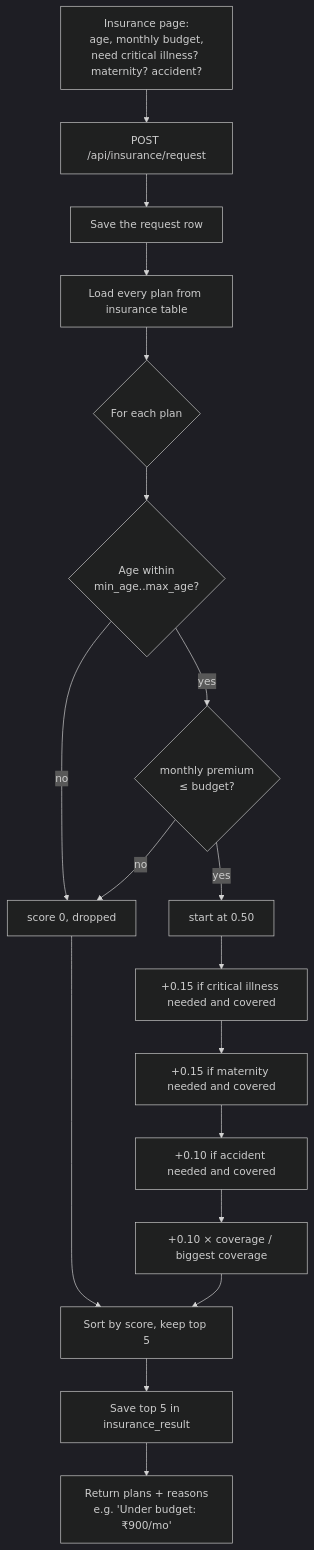
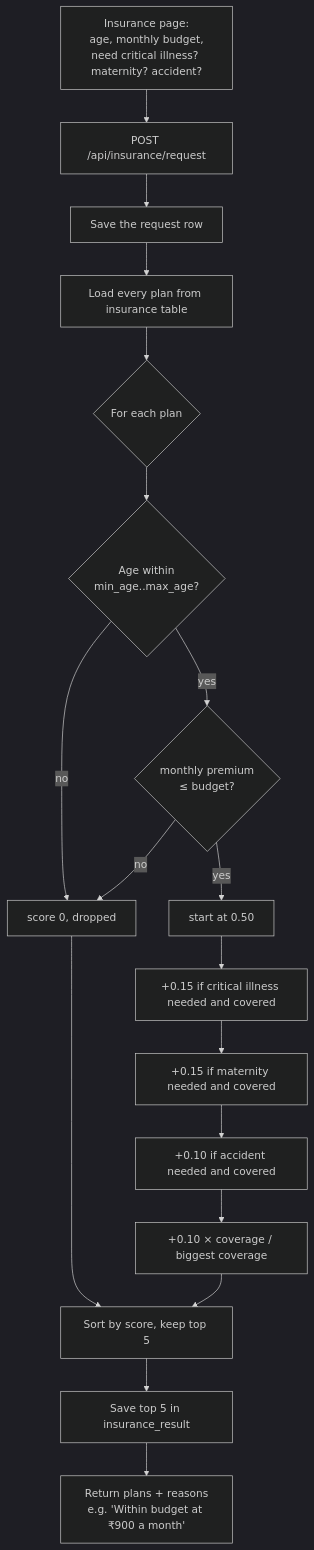
One commit to arsalanbali2021-ux/valuetrack changed the sixth of 10 diagrams in FLOW.md. Above: the diagram before and after it, drawn with Mermaid (dark theme). The commit also changed other lines of this file and 3 other files, not shown here.

````diff
--- a/FLOW.md
+++ b/FLOW.md
@@ -120,20 +120,20 @@
 ```mermaid
 flowchart TD
     A[Insurance page:<br/>age, monthly budget,<br/>need critical illness? maternity? accident?] --> B[POST /api/insurance/request]
     B --> C[Save the request row]
     C --> D[Load every plan from insurance table]
     D --> E{For each plan}
     E --> F{Age within<br/>min_age..max_age?}
     F -- no --> X[score 0, dropped]
     F -- yes --> G{monthly premium<br/>≤ budget?}
     G -- no --> X
     G -- yes --> H[start at 0.50]
     H --> I[+0.15 if critical illness needed and covered]
     I --> J[+0.15 if maternity needed and covered]
     J --> K[+0.10 if accident needed and covered]
     K --> L[+0.10 × coverage / biggest coverage]
     L --> M[Sort by score, keep top 5]
     X --> M
     M --> N[Save top 5 in insurance_result]
-    N --> O[Return plans + reasons<br/>e.g. 'Under budget: ₹900/mo']
+    N --> O[Return plans + reasons<br/>e.g. 'Within budget at ₹900 a month']
 ```
````
